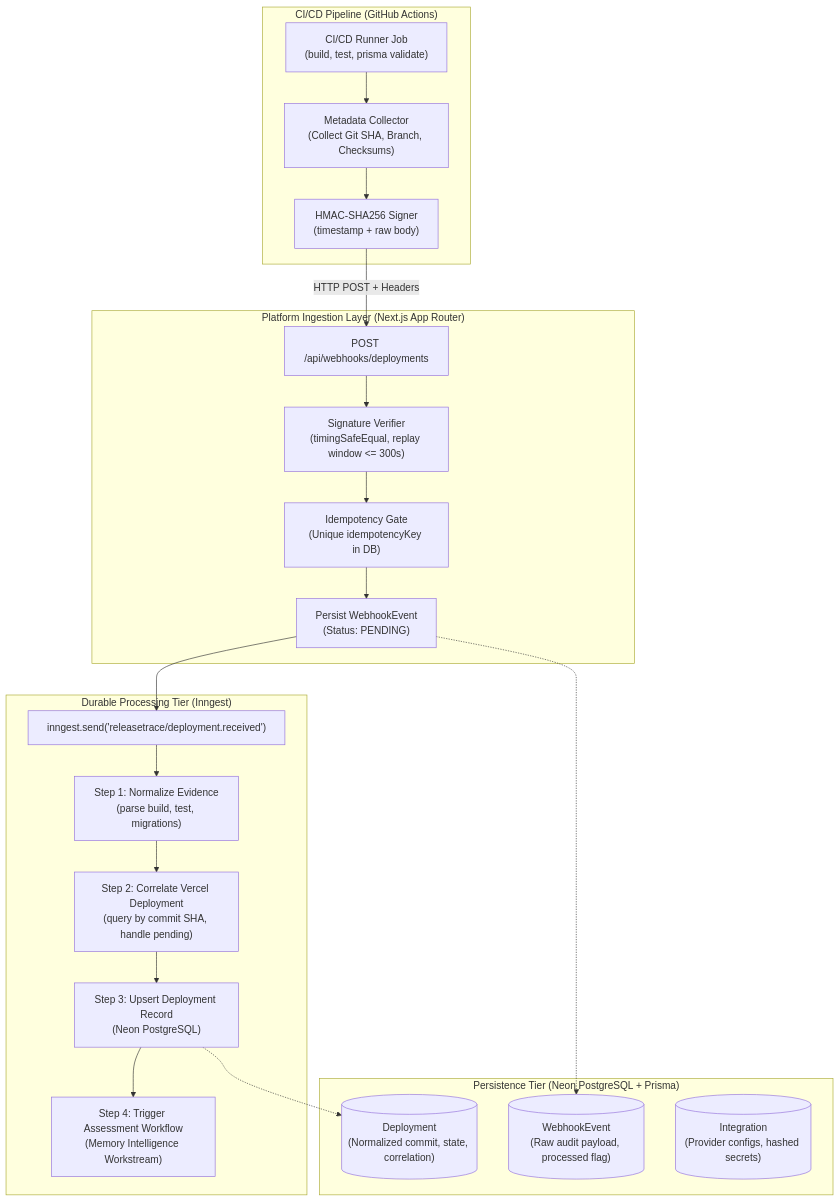
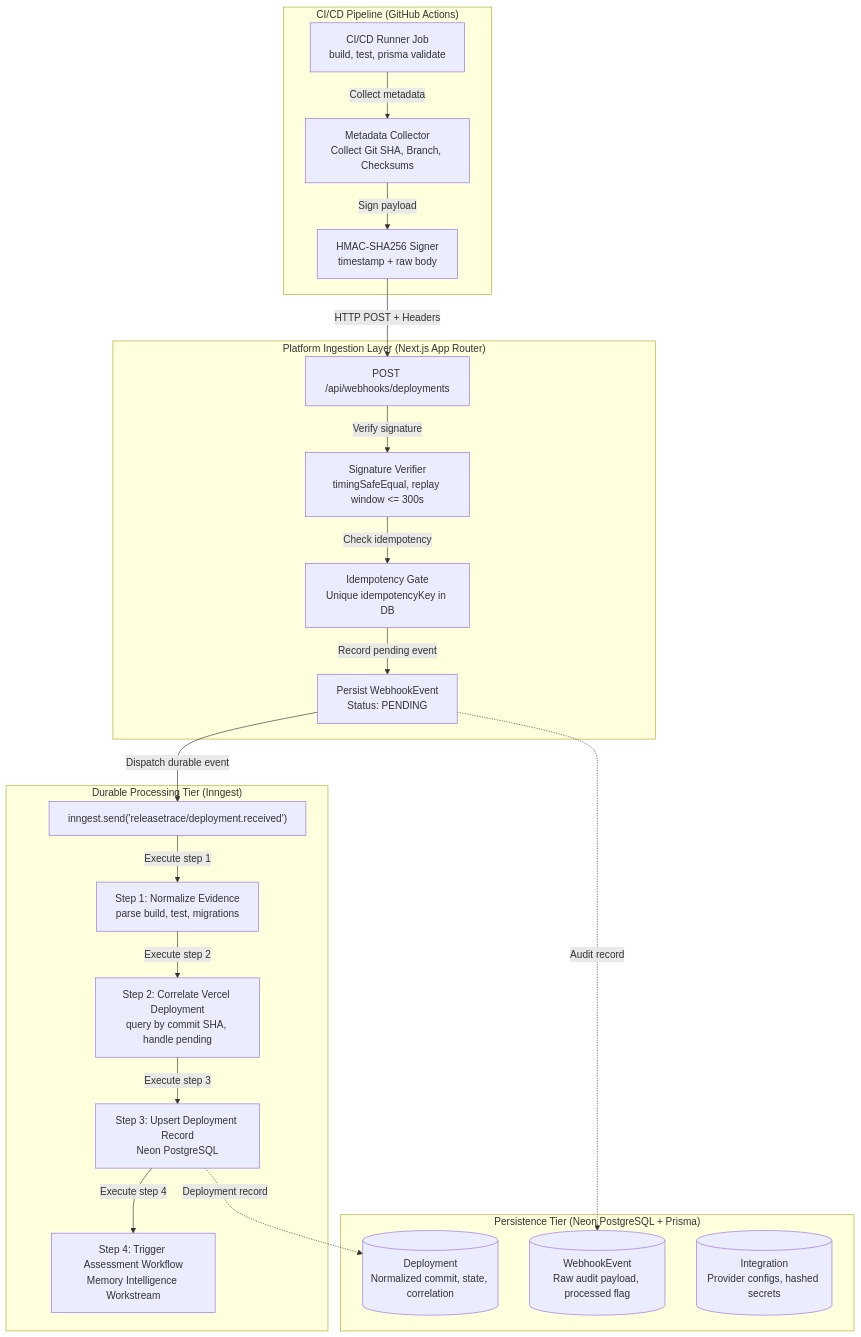
One commit to amrit-verse/ReleaseTrace changed the diagram in docs/architecture/SYSTEM_DESIGN.md. Above: the diagram before and after it, drawn with Mermaid. The commit also changed 4 other files, not shown here.

Commit message:
docs: fix Mermaid diagrams, add sequence diagram, polish README

````diff
--- a/docs/architecture/SYSTEM_DESIGN.md
+++ b/docs/architecture/SYSTEM_DESIGN.md
@@ -18,44 +18,45 @@
 ```mermaid
 flowchart TD
     subgraph CI["CI/CD Pipeline (GitHub Actions)"]
-        GH_JOB["CI/CD Runner Job\n(build, test, prisma validate)"]
-        META_COLLECT["Metadata Collector\n(Collect Git SHA, Branch, Checksums)"]
-        HMAC_SIGN["HMAC-SHA256 Signer\n(timestamp + raw body)"]
-        GH_JOB --> META_COLLECT --> HMAC_SIGN
+        GH_JOB["CI/CD Runner Job<br/>build, test, prisma validate"]
+        META_COLLECT["Metadata Collector<br/>Collect Git SHA, Branch, Checksums"]
+        HMAC_SIGN["HMAC-SHA256 Signer<br/>timestamp + raw body"]
+        GH_JOB -->|"Collect metadata"| META_COLLECT
+        META_COLLECT -->|"Sign payload"| HMAC_SIGN
     end
 
     subgraph API_INGEST["Platform Ingestion Layer (Next.js App Router)"]
         ENDPOINT["POST /api/webhooks/deployments"]
-        SIG_CHECK["Signature Verifier\n(timingSafeEqual, replay window <= 300s)"]
-        DEDUP["Idempotency Gate\n(Unique idempotencyKey in DB)"]
-        EVENT_STORE["Persist WebhookEvent\n(Status: PENDING)"]
+        SIG_CHECK["Signature Verifier<br/>timingSafeEqual, replay window <= 300s"]
+        DEDUP["Idempotency Gate<br/>Unique idempotencyKey in DB"]
+        EVENT_STORE["Persist WebhookEvent<br/>Status: PENDING"]
         
-        HMAC_SIGN -->|HTTP POST + Headers| ENDPOINT
-        ENDPOINT --> SIG_CHECK
-        SIG_CHECK --> DEDUP
-        DEDUP --> EVENT_STORE
+        HMAC_SIGN -->|"HTTP POST + Headers"| ENDPOINT
+        ENDPOINT -->|"Verify signature"| SIG_CHECK
+        SIG_CHECK -->|"Check idempotency"| DEDUP
+        DEDUP -->|"Record pending event"| EVENT_STORE
     end
 
     subgraph WORKFLOWS["Durable Processing Tier (Inngest)"]
         INNGEST_TRIGGER["inngest.send('releasetrace/deployment.received')"]
-        STEP_NORM["Step 1: Normalize Evidence\n(parse build, test, migrations)"]
-        STEP_VERCEL["Step 2: Correlate Vercel Deployment\n(query by commit SHA, handle pending)"]
-        STEP_PERSIST["Step 3: Upsert Deployment Record\n(Neon PostgreSQL)"]
-        STEP_ASSESS["Step 4: Trigger Assessment Workflow\n(Memory Intelligence Workstream)"]
+        STEP_NORM["Step 1: Normalize Evidence<br/>parse build, test, migrations"]
+        STEP_VERCEL["Step 2: Correlate Vercel Deployment<br/>query by commit SHA, handle pending"]
+        STEP_PERSIST["Step 3: Upsert Deployment Record<br/>Neon PostgreSQL"]
+        STEP_ASSESS["Step 4: Trigger Assessment Workflow<br/>Memory Intelligence Workstream"]
 
-        EVENT_STORE --> INNGEST_TRIGGER
-        INNGEST_TRIGGER --> STEP_NORM
-        STEP_NORM --> STEP_VERCEL
-        STEP_VERCEL --> STEP_PERSIST
-        STEP_PERSIST --> STEP_ASSESS
+        EVENT_STORE -->|"Dispatch durable event"| INNGEST_TRIGGER
+        INNGEST_TRIGGER -->|"Execute step 1"| STEP_NORM
+        STEP_NORM -->|"Execute step 2"| STEP_VERCEL
+        STEP_VERCEL -->|"Execute step 3"| STEP_PERSIST
+        STEP_PERSIST -->|"Execute step 4"| STEP_ASSESS
     end
 
     subgraph STORAGE["Persistence Tier (Neon PostgreSQL + Prisma)"]
-        DB_EVENTS[("WebhookEvent\n(Raw audit payload, processed flag)")]
-        DB_DEPLOYMENTS[("Deployment\n(Normalized commit, state, correlation)")]
-        DB_INTEGRATIONS[("Integration\n(Provider configs, hashed secrets)")]
+        DB_EVENTS[("WebhookEvent<br/>Raw audit payload, processed flag")]
+        DB_DEPLOYMENTS[("Deployment<br/>Normalized commit, state, correlation")]
+        DB_INTEGRATIONS[("Integration<br/>Provider configs, hashed secrets")]
         
-        EVENT_STORE -.-> DB_EVENTS
-        STEP_PERSIST -.-> DB_DEPLOYMENTS
+        EVENT_STORE -.->|"Audit record"| DB_EVENTS
+        STEP_PERSIST -.->|"Deployment record"| DB_DEPLOYMENTS
     end
 ```
````
